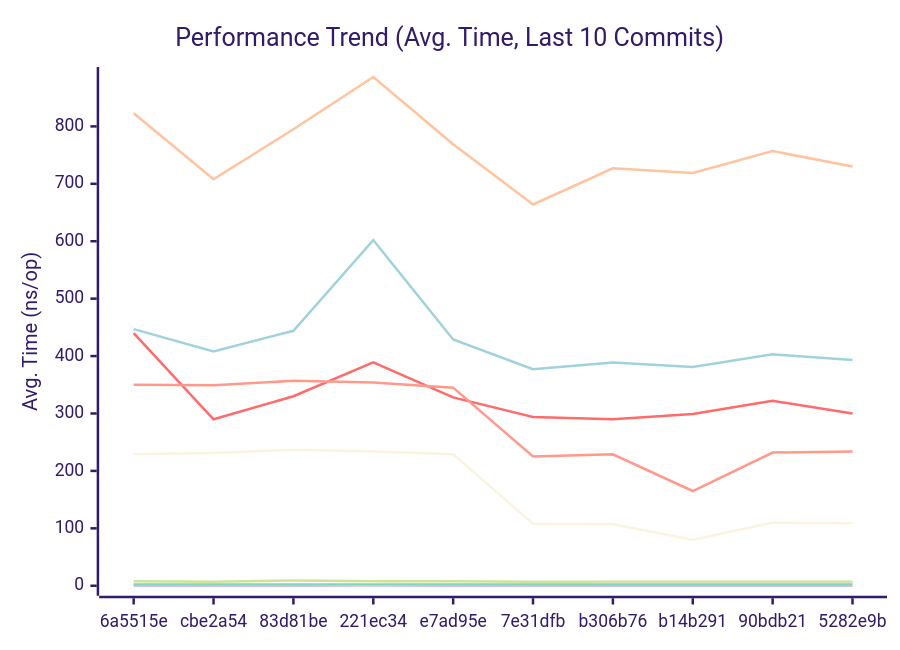
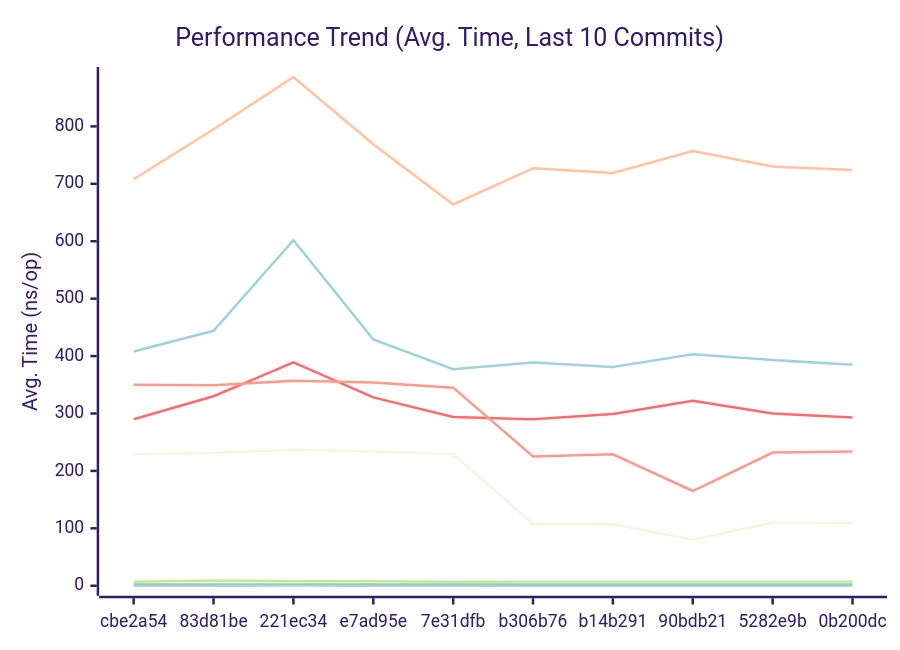
One commit to alsotoes/momo changed the first of 3 diagrams in docs/PERFORMANCE.md. Above: the diagram before and after it, drawn with Mermaid (forest theme). The commit also changed other lines of this file and 2 other files, not shown here.

````diff
--- a/docs/PERFORMANCE.md
+++ b/docs/PERFORMANCE.md
@@ -80,16 +80,16 @@
 ```mermaid
 xychart-beta
     title "Performance Trend (Avg. Time, Last 10 Commits)"
     x-axis "Commit"
     y-axis "Avg. Time (ns/op)"
-    x-axis [6a5515e,cbe2a54,83d81be,221ec34,e7ad95e,7e31dfb,b306b76,b14b291,90bdb21,5282e9b]
-    line "CheckMetricsAndSwap" [8,7,9,8,8,7,7,7,7,7]
-    line "CrushOptimized" [440,290,330,389,328,294,290,299,322,300]
-    line "CrushOriginal" [447,408,444,602,429,377,389,381,403,393]
+    x-axis [cbe2a54,83d81be,221ec34,e7ad95e,7e31dfb,b306b76,b14b291,90bdb21,5282e9b,0b200dc]
+    line "CheckMetricsAndSwap" [7,9,8,8,7,7,7,7,7,7]
+    line "CrushOptimized" [290,330,389,328,294,290,299,322,300,293]
+    line "CrushOriginal" [408,444,602,429,377,389,381,403,393,385]
     line "IndexDirectTracking" [0,0,0,0,0,0,0,0,0,0]
-    line "IndexSearch" [2,2,2,1,2,2,3,3,3,3]
-    line "LoadGlobalConfig" [823,708,795,886,769,664,727,719,757,730]
+    line "IndexSearch" [2,2,1,2,2,3,3,3,3,3]
+    line "LoadGlobalConfig" [708,795,886,769,664,727,719,757,730,724]
     line "PadString" [2,2,2,2,2,2,2,2,2,2]
     line "ParseReplicationOrder_NoPrealloc" [350,349,357,354,345,225,229,165,232,234]
     line "ParseReplicationOrder_Prealloc" [229,231,237,234,229,108,107,80,110,109]
 ```
````
